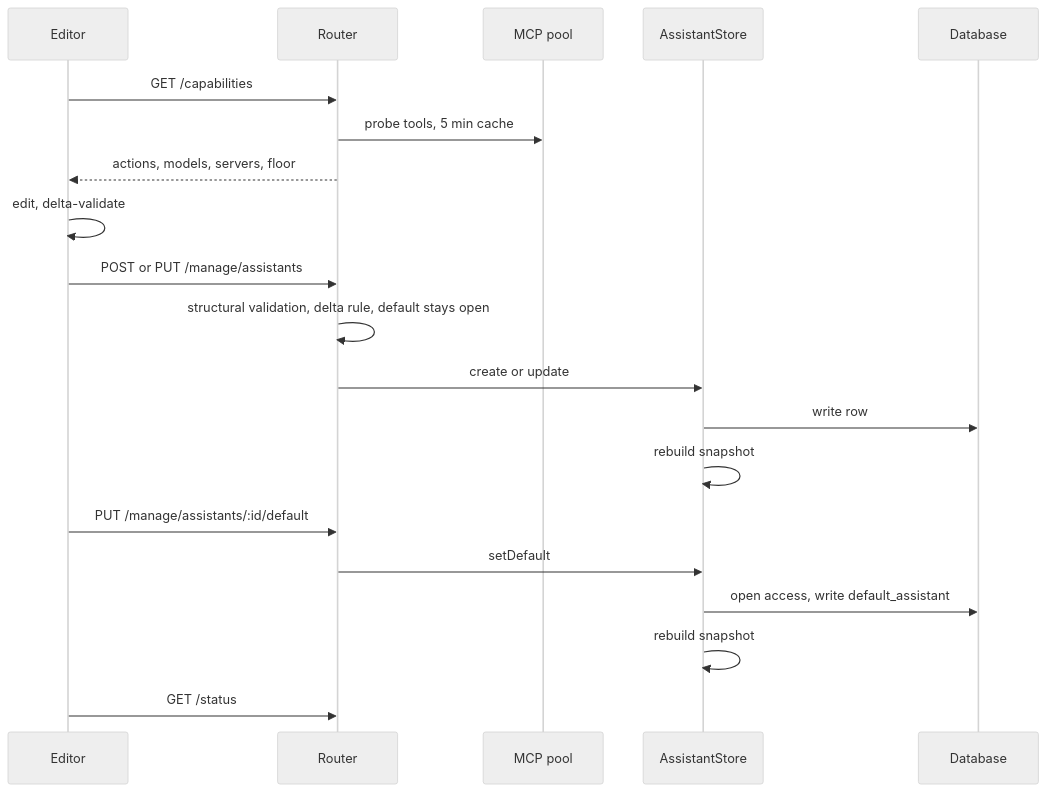
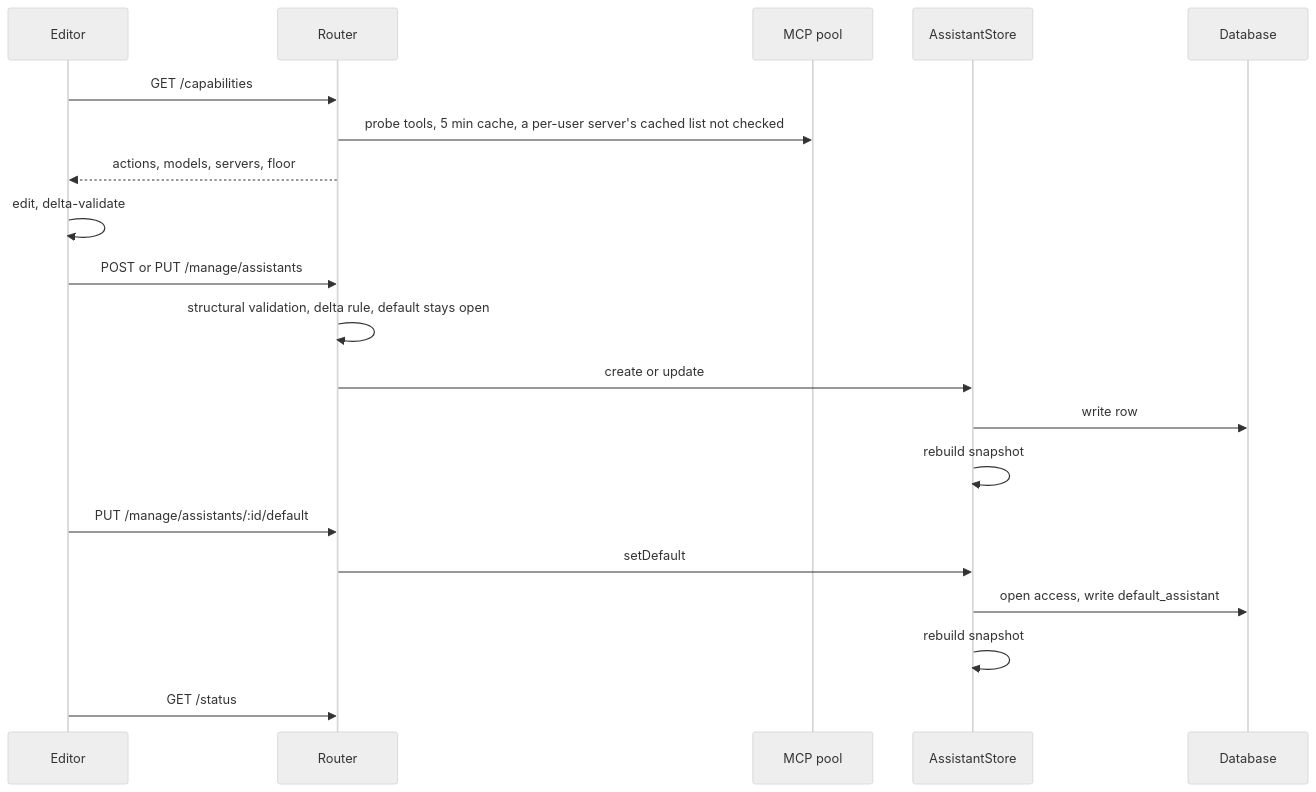
The ninth of 10 diagrams in docs/architecture.md (drewswiredin/backstage-assistants), drawn with Mermaid (neutral theme) before and after one commit. The commit also changed other lines of this file and 2 other files, not shown here.

First line of the commit message:
docs: diagrams and maps for parent groups, the tool cache, and portal__navigate

````diff
--- a/docs/architecture.md
+++ b/docs/architecture.md
@@ -602,22 +630,22 @@
 ```mermaid
 sequenceDiagram
   participant E as Editor
   participant R as Router
   participant M as MCP pool
   participant S as AssistantStore
   participant D as Database
   E->>R: GET /capabilities
-  R->>M: probe tools, 5 min cache
+  R->>M: probe tools, 5 min cache, a per-user server's cached list not checked
   R-->>E: actions, models, servers, floor
   E->>E: edit, delta-validate
   E->>R: POST or PUT /manage/assistants
   R->>R: structural validation, delta rule, default stays open
   R->>S: create or update
   S->>D: write row
   S->>S: rebuild snapshot
   E->>R: PUT /manage/assistants/:id/default
   R->>S: setDefault
   S->>D: open access, write default_assistant
   S->>S: rebuild snapshot
   E->>R: GET /status
 ```
````
